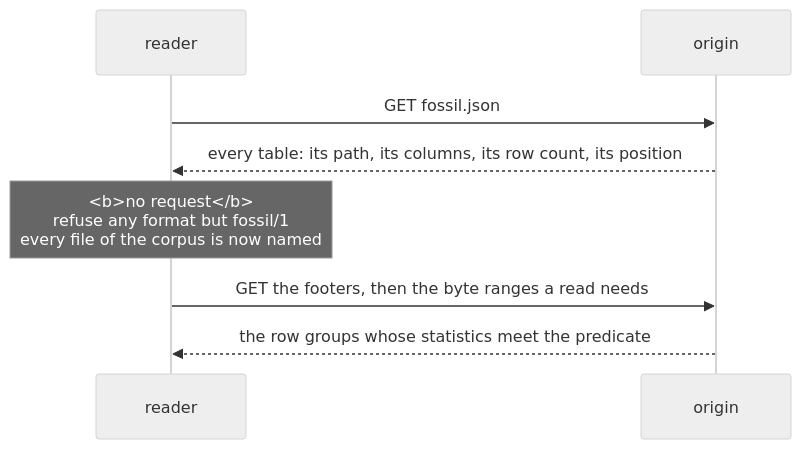
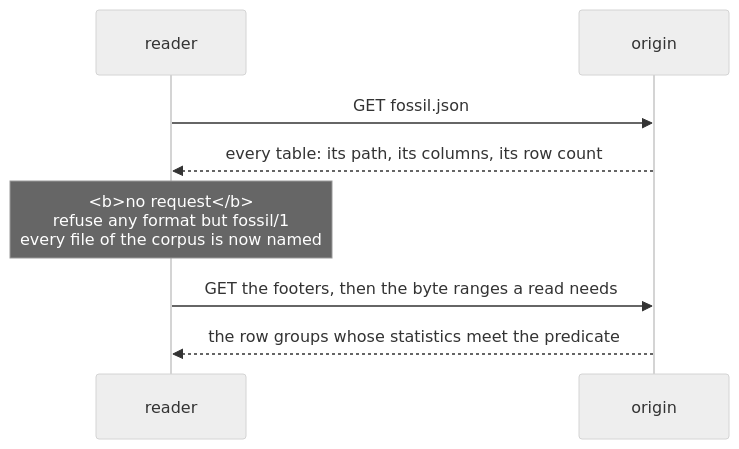
The diagram in docs/content/docs/format/reading/without-fossil.mdx (Kanzo-Tech/fossil-lang), drawn with Mermaid (neutral theme) before and after one commit. The commit also changed other lines of this file and 33 other files, not shown here.

````diff
--- a/docs/content/docs/format/reading/without-fossil.mdx
+++ b/docs/content/docs/format/reading/without-fossil.mdx
@@ -12,10 +12,10 @@
 ```mermaid
 sequenceDiagram
   participant R as reader
   participant O as origin
   R->>O: GET fossil.json
-  O-->>R: every table: its path, its columns, its row count, its position
+  O-->>R: every table: its path, its columns, its row count
   Note over R: <b>no request</b><br/>refuse any format but fossil/1<br/>every file of the corpus is now named
   R->>O: GET the footers, then the byte ranges a read needs
   O-->>R: the row groups whose statistics meet the predicate
 ```
````
